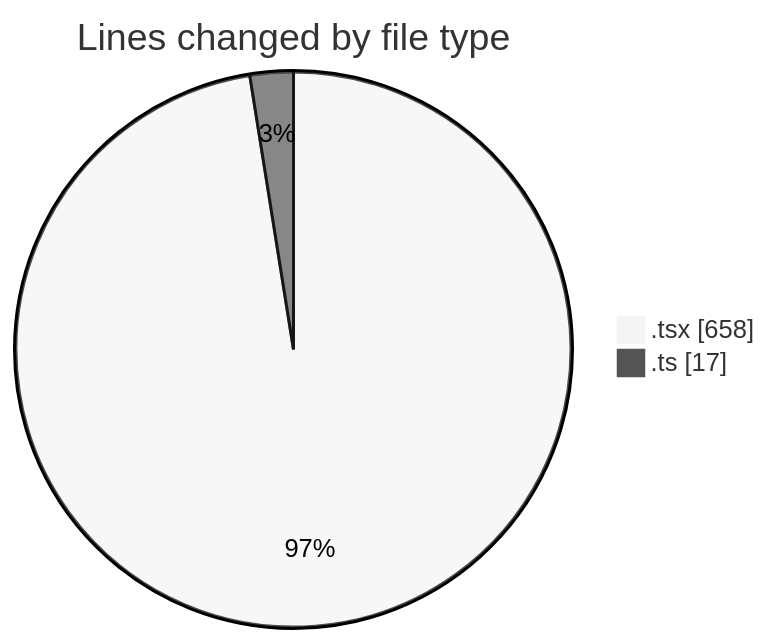
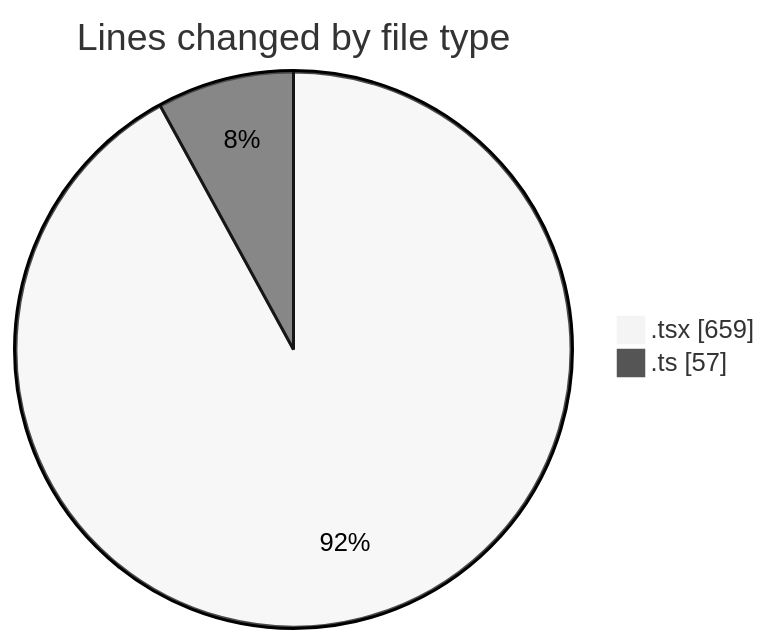
The first of 2 diagrams in 2025-04-02/cda/README.md (momahboobian/code-tracking), drawn with Mermaid (neutral theme) before and after one commit. The commit also changed other lines of this file and 1 other file, not shown here.

````diff
--- a/2025-04-02/cda/README.md
+++ b/2025-04-02/cda/README.md
@@ -23,6 +24,6 @@
 ```mermaid
 pie showData
 title Lines changed by file type
-".tsx" : 658
-".ts" : 17
+".tsx" : 659
+".ts" : 57
 ```
````
